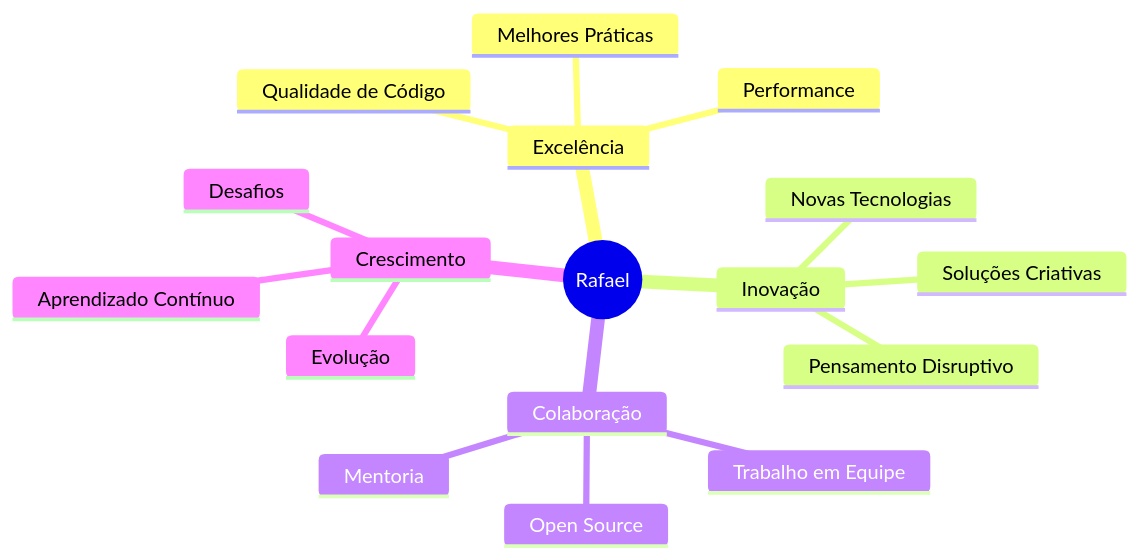
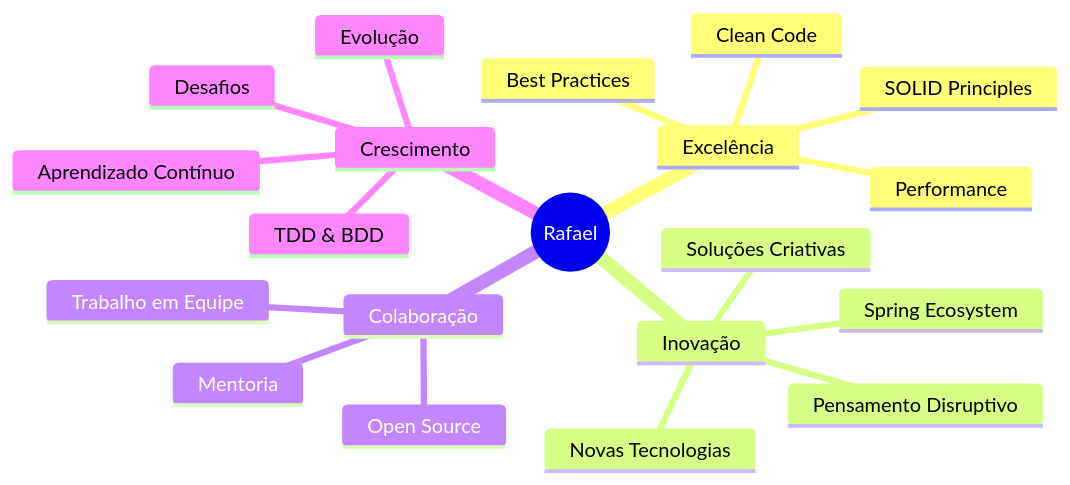
The diagram in README.md (Rafael01Gx/Rafael01Gx), drawn with Mermaid before and after one commit. The commit also changed other lines of this file, not shown here.

````diff
--- a/README.md
+++ b/README.md
@@ -179,20 +199,23 @@
 ```mermaid
 mindmap
   root((Rafael))
     Excelência
-      Qualidade de Código
-      Melhores Práticas
+      Clean Code
+      SOLID Principles
+      Best Practices
       Performance
     Inovação
+      Spring Ecosystem
       Novas Tecnologias
       Soluções Criativas
       Pensamento Disruptivo
     Colaboração
       Trabalho em Equipe
       Mentoria
       Open Source
     Crescimento
+      TDD & BDD
       Aprendizado Contínuo
       Desafios
       Evolução
 ```
````
